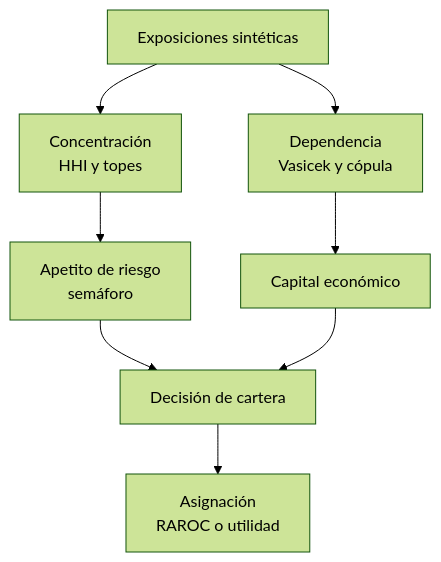
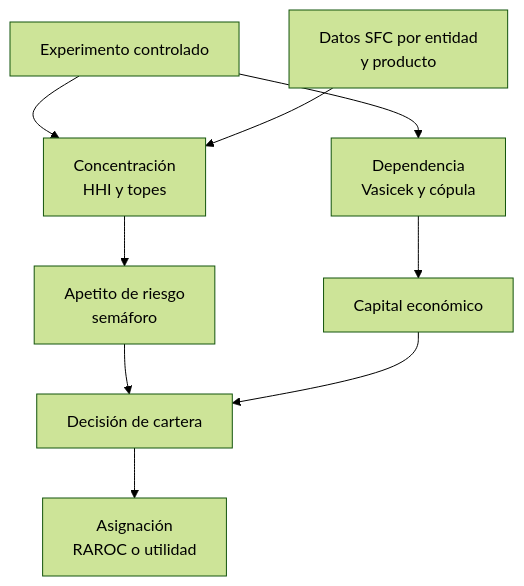
Before and after one commit to Jose85100/Portafolio: the diagram in 03-financial-risk/01-credit-risk/credit-portfolio-strategy/README.md, drawn with Mermaid (forest theme). The commit also changed other lines of this file and 976 other files, not shown here.

````diff
--- a/03-financial-risk/01-credit-risk/credit-portfolio-strategy/README.md
+++ b/03-financial-risk/01-credit-risk/credit-portfolio-strategy/README.md
@@ -5,10 +5,11 @@
 ```mermaid
 flowchart TD
-    A[Exposiciones sintéticas] --> B[Concentración<br/>HHI y topes]
+    A[Experimento controlado] --> B[Concentración<br/>HHI y topes]
+    S[Datos SFC por entidad<br/>y producto] --> B
     A --> C[Dependencia<br/>Vasicek y cópula]
     B --> D[Apetito de riesgo<br/>semáforo]
     C --> E[Capital económico]
     D --> F[Decisión de cartera]
     E --> F
     F --> G[Asignación<br/>RAROC o utilidad]
 ```
````
